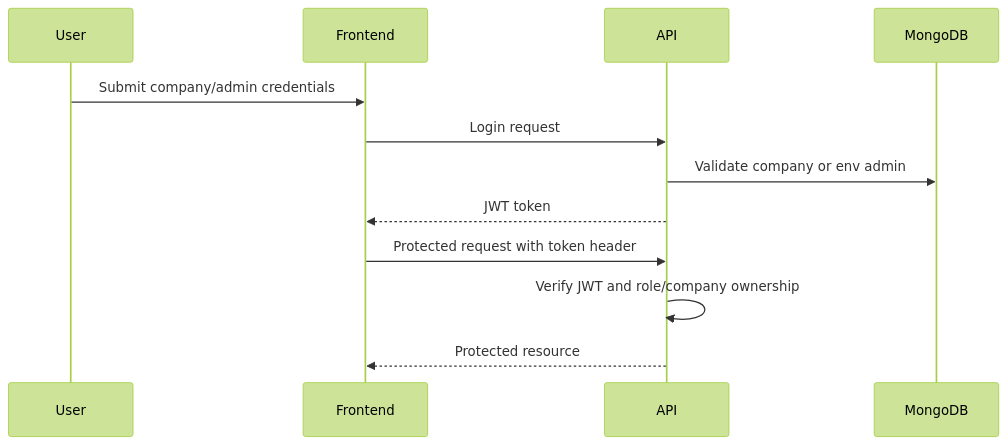
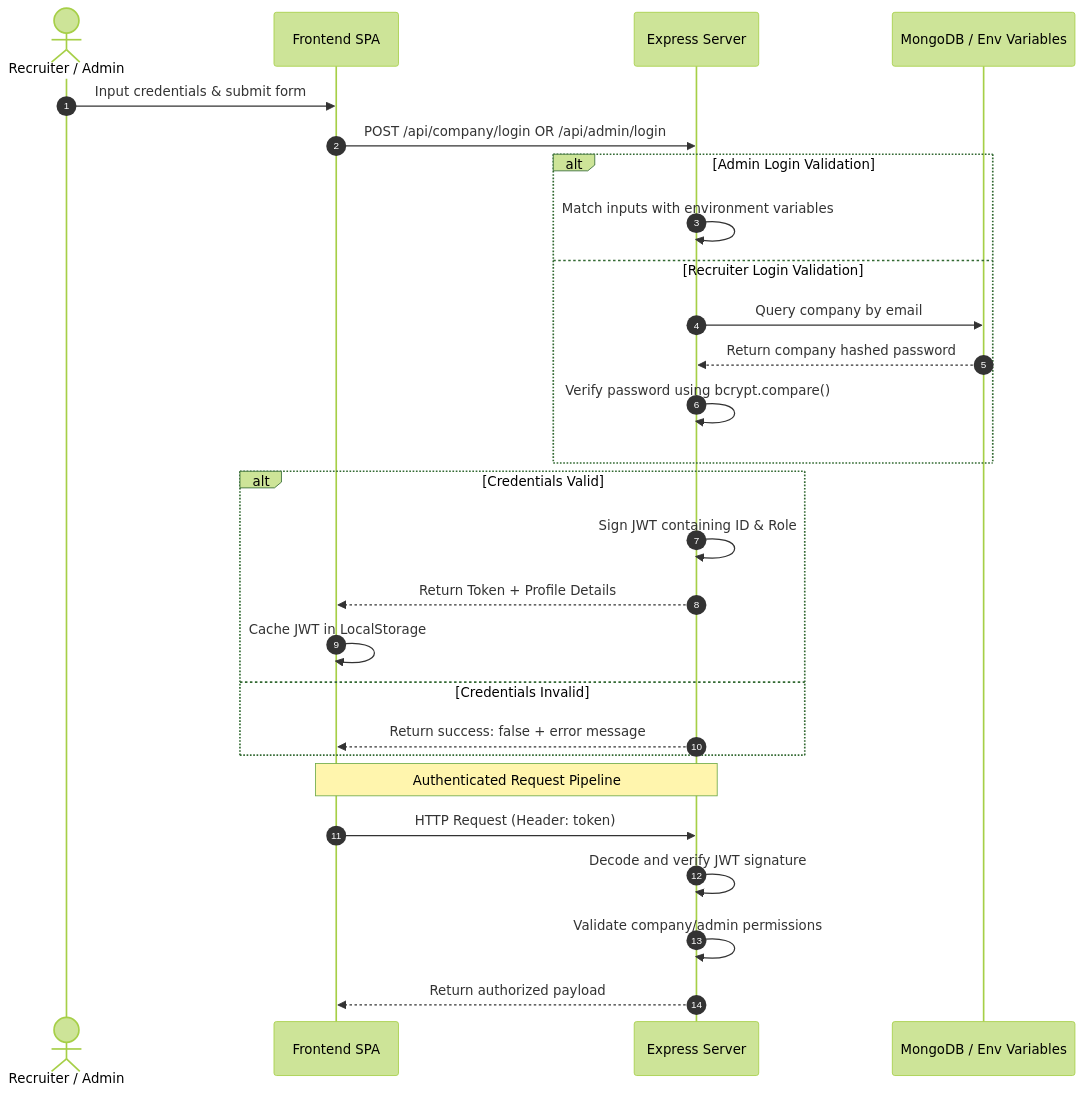
One commit to SarthakDudhe/InsiderJobs changed the second of 3 diagrams in README.md. Above: the diagram before and after it, drawn with Mermaid (forest theme). The commit also changed other lines of this file and 4 other files, not shown here.

Commit message:
feat: initialize Express server with Sentry monitoring and core backend modular structure

````diff
--- a/README.md
+++ b/README.md
@@ -373,15 +149,32 @@
 ```mermaid
 sequenceDiagram
-  participant User
-  participant Frontend
-  participant API
-  participant MongoDB
+    autonumber
+    actor User as Recruiter / Admin
+    participant Client as Frontend SPA
+    participant Server as Express Server
+    participant DB as MongoDB / Env Variables
 
-  User->>Frontend: Submit company/admin credentials
-  Frontend->>API: Login request
-  API->>MongoDB: Validate company or env admin
-  API-->>Frontend: JWT token
-  Frontend->>API: Protected request with token header
-  API->>API: Verify JWT and role/company ownership
-  API-->>Frontend: Protected resource
+    User->>Client: Input credentials & submit form
+    Client->>Server: POST /api/company/login OR /api/admin/login
+    alt Admin Login Validation
+        Server->>Server: Match inputs with environment variables
+    else Recruiter Login Validation
+        Server->>DB: Query company by email
+        DB-->>Server: Return company hashed password
+        Server->>Server: Verify password using bcrypt.compare()
+    end
+    
+    alt Credentials Valid
+        Server->>Server: Sign JWT containing ID & Role
+        Server-->>Client: Return Token + Profile Details
+        Client->>Client: Cache JWT in LocalStorage
+    else Credentials Invalid
+        Server-->>Client: Return success: false + error message
+    end
+
+    Note over Client,Server: Authenticated Request Pipeline
+    Client->>Server: HTTP Request (Header: token)
+    Server->>Server: Decode and verify JWT signature
+    Server->>Server: Validate company/admin permissions
+    Server-->>Client: Return authorized payload
 ```
````
